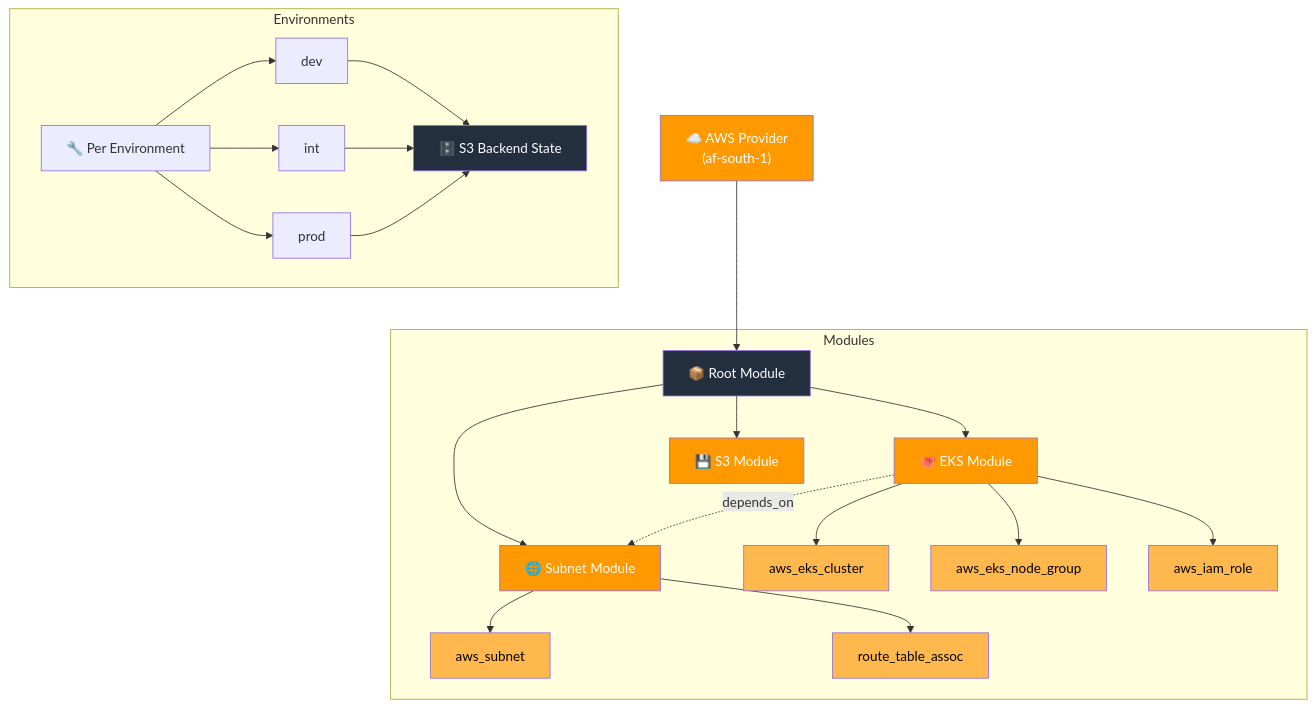
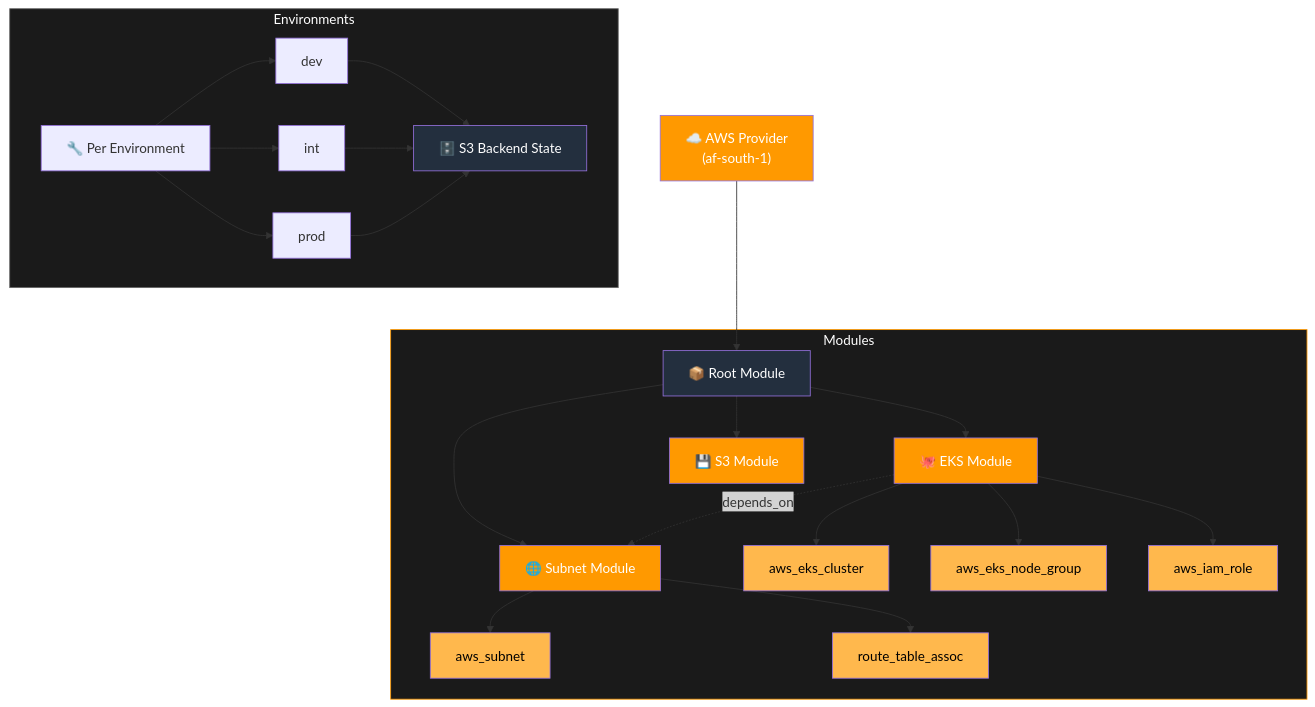
One commit to Kayla-LeeJ/capitec-terraform-project changed the diagram in README.md. Above: the diagram before and after it, drawn with Mermaid.

Commit message:
Refactor architecture diagram in README.md: enhance module styling for better clarity

````diff
--- a/README.md
+++ b/README.md
@@ -13,35 +13,37 @@
 ```mermaid
 graph TB
     A["☁️ AWS Provider<br/>(af-south-1)"] --> B["📦 Root Module"]
 
-    subgraph Modules
+    subgraph Modules[" Modules"]
         B --> SN["🌐 Subnet Module"]
         B --> EKS["🐙 EKS Module"]
         B --> S3["💾 S3 Module"]
         SN --> SN1["aws_subnet"]
         SN --> SN2["route_table_assoc"]
         EKS --> EKS1["aws_eks_cluster"]
         EKS --> EKS2["aws_eks_node_group"]
         EKS --> EKS3["aws_iam_role"]
         EKS -. depends_on .-> SN
     end
 
     subgraph Environments
         C["🔧 Per Environment"] --> D["dev"]
         C --> E["int"]
         C --> F["prod"]
         D & E & F --> G["🗄️ S3 Backend State"]
     end
 
     style A fill:#FF9900,color:#fff
     style B fill:#232F3E,color:#fff
     style SN fill:#FF9900,color:#fff
     style EKS fill:#FF9900,color:#fff
     style S3 fill:#FF9900,color:#fff
     style SN1 fill:#FFB84D,color:#000
     style SN2 fill:#FFB84D,color:#000
     style EKS1 fill:#FFB84D,color:#000
     style EKS2 fill:#FFB84D,color:#000
     style EKS3 fill:#FFB84D,color:#000
     style G fill:#232F3E,color:#fff
+    style Modules fill:#1a1a1a,color:#fff,stroke:#FF9900
+    style Environments fill:#1a1a1a,color:#fff,stroke:#666
 ```
````
